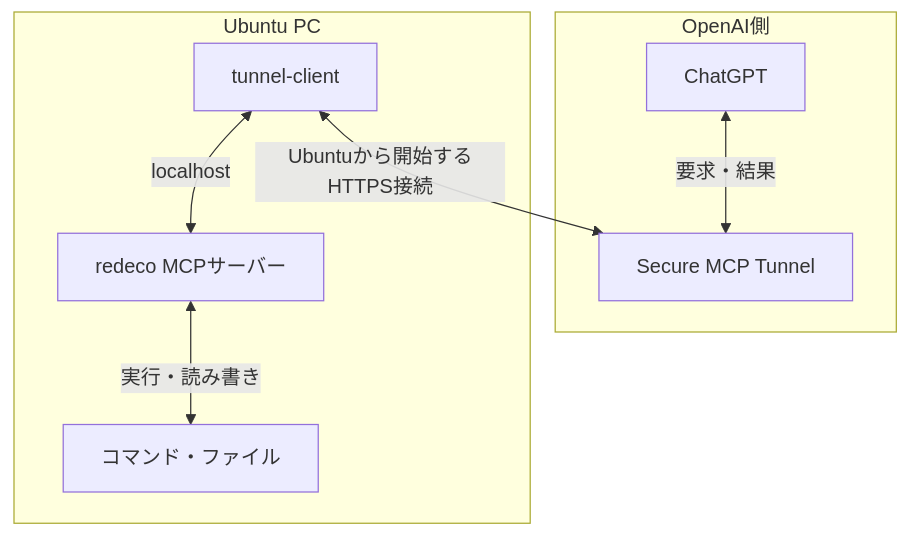
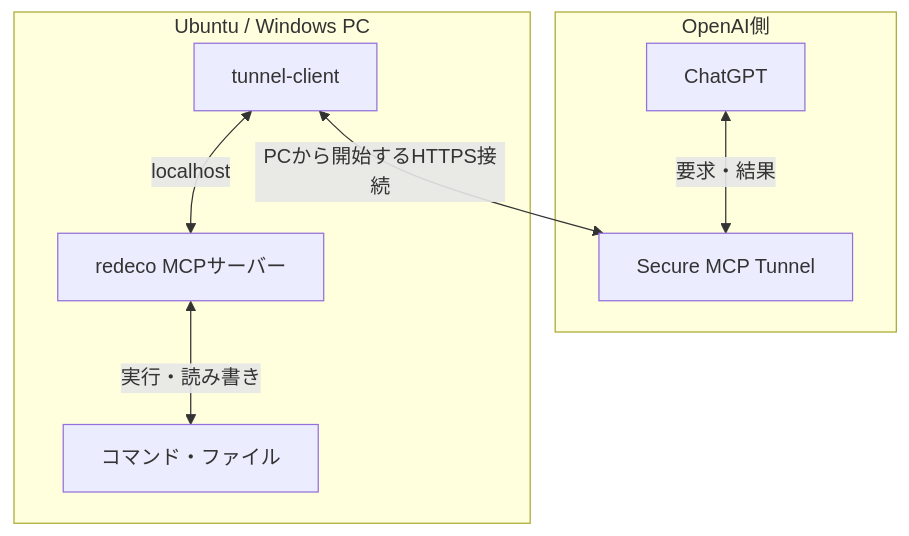
The diagram in README.md (kkoch5t2/redeco), drawn with Mermaid before and after one commit. The commit also changed other lines of this file and 14 other files, not shown here.

````diff
--- a/README.md
+++ b/README.md
@@ -9,16 +9,16 @@
 ```mermaid
 flowchart TB
     subgraph cloud["OpenAI側"]
         chat["ChatGPT"]
         tunnel["Secure MCP Tunnel"]
         chat <-->|"要求・結果"| tunnel
     end
-    subgraph local["Ubuntu PC"]
+    subgraph local["Ubuntu / Windows PC"]
         client["tunnel-client"]
         mcp["redeco MCPサーバー"]
         files["コマンド・ファイル"]
         client <-->|"localhost"| mcp
         mcp <-->|"実行・読み書き"| files
     end
-    client <-->|"Ubuntuから開始するHTTPS接続"| tunnel
+    client <-->|"PCから開始するHTTPS接続"| tunnel
 ```
````
